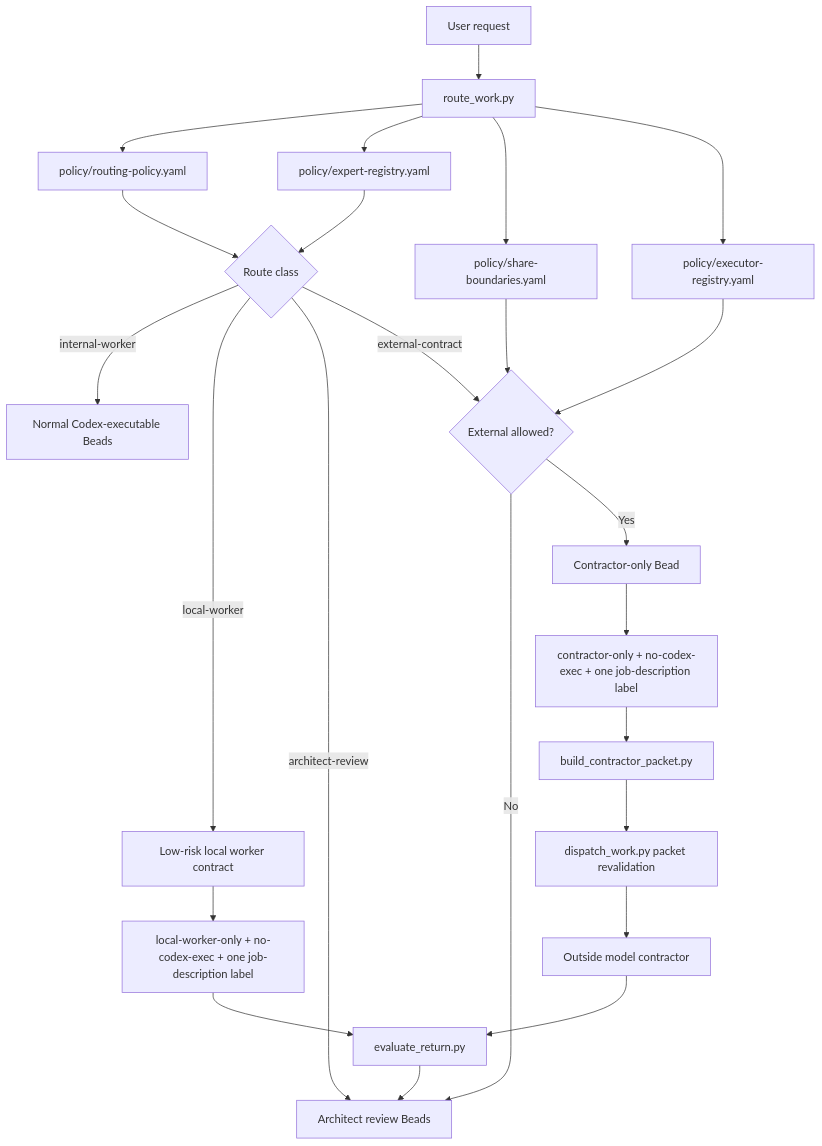
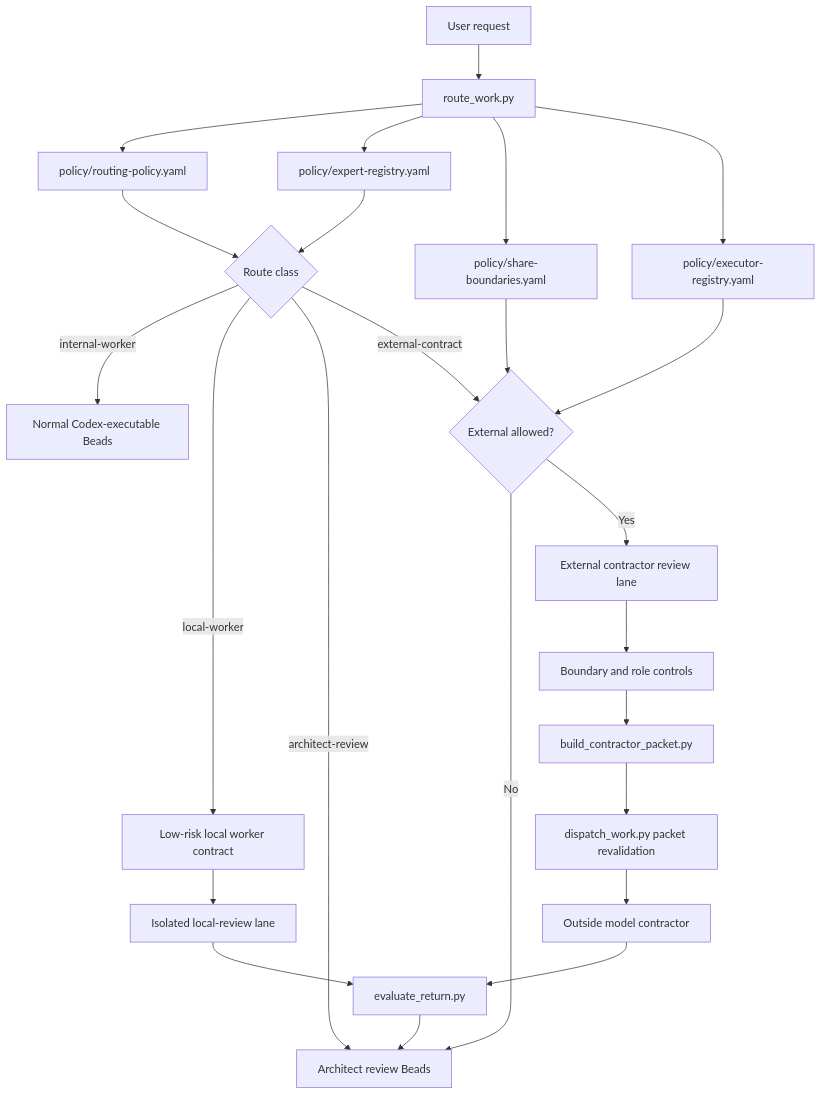
The fourth of 10 diagrams in README.md (gprocunier/complex-work-orchestration), drawn with Mermaid before and after one commit. The commit also changed other lines of this file and 8 other files, not shown here.

````diff
--- a/README.md
+++ b/README.md
@@ -633,29 +639,29 @@
 ```mermaid
 flowchart TD
     Request[User request] --> Classifier[route_work.py]
     Classifier --> Routing[policy/routing-policy.yaml]
     Classifier --> Experts[policy/expert-registry.yaml]
     Classifier --> Share[policy/share-boundaries.yaml]
     Classifier --> Executors[policy/executor-registry.yaml]
 
     Routing --> Decision{Route class}
     Experts --> Decision
     Share --> Gate{External allowed?}
     Executors --> Gate
 
     Decision -->|internal-worker| Worker[Normal Codex-executable Beads]
     Decision -->|local-worker| Local[Low-risk local worker contract]
     Decision -->|architect-review| Architect[Architect review Beads]
     Decision -->|external-contract| Gate
 
-    Local --> LocalGuard[local-worker-only + no-codex-exec + one job-description label]
+    Local --> LocalGuard[Isolated local-review lane]
     LocalGuard --> Return[evaluate_return.py]
     Gate -->|No| Architect
-    Gate -->|Yes| Contract[Contractor-only Bead]
-    Contract --> Guard[contractor-only + no-codex-exec + one job-description label]
+    Gate -->|Yes| Contract[External contractor review lane]
+    Contract --> Guard[Boundary and role controls]
     Guard --> Packet[build_contractor_packet.py]
     Packet --> Validate[dispatch_work.py packet revalidation]
     Validate --> Outside[Outside model contractor]
     Outside --> Return
     Return --> Architect
 ```
````
